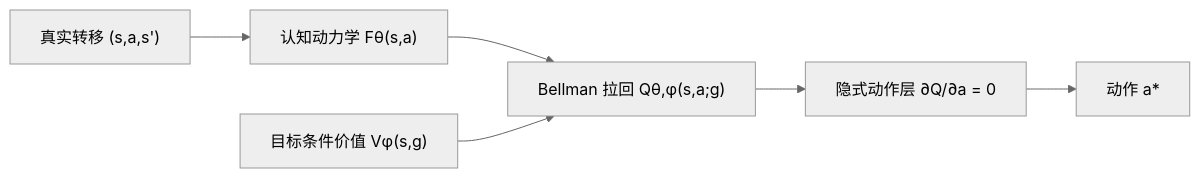
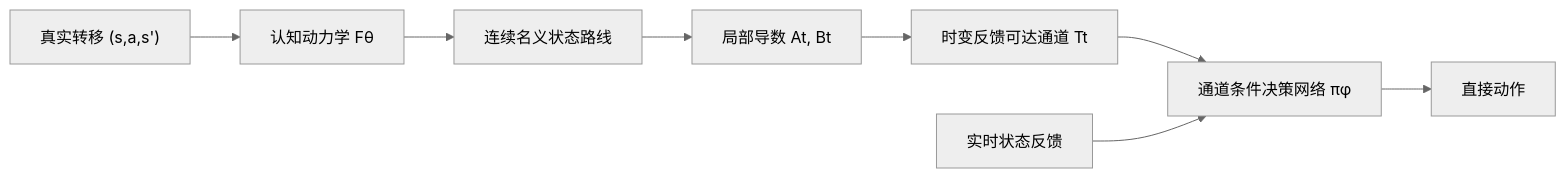
The diagram in README.md (xxxcoolestFish/KAN-RF), drawn with Mermaid (neutral theme) before and after one commit. The commit also changed other lines of this file, not shown here.

````diff
--- a/README.md
+++ b/README.md
@@ -9,8 +37,10 @@
 ```mermaid
 flowchart LR
-    T["真实转移 (s,a,s')"] --> C["认知动力学 Fθ(s,a)"]
-    C --> Q["Bellman 拉回 Qθ,φ(s,a;g)"]
-    V["目标条件价值 Vφ(s,g)"] --> Q
-    Q --> I["隐式动作层 ∂Q/∂a = 0"]
-    I --> A["动作 a*"]
+    T["真实转移 (s,a,s')"] --> C["认知动力学 Fθ"]
+    C --> R["连续名义状态路线"]
+    R --> J["局部导数 At, Bt"]
+    J --> U["时变反馈可达通道 Tt"]
+    U --> P["通道条件决策网络 πφ"]
+    S["实时状态反馈"] --> P
+    P --> A["直接动作"]
 ```
````
